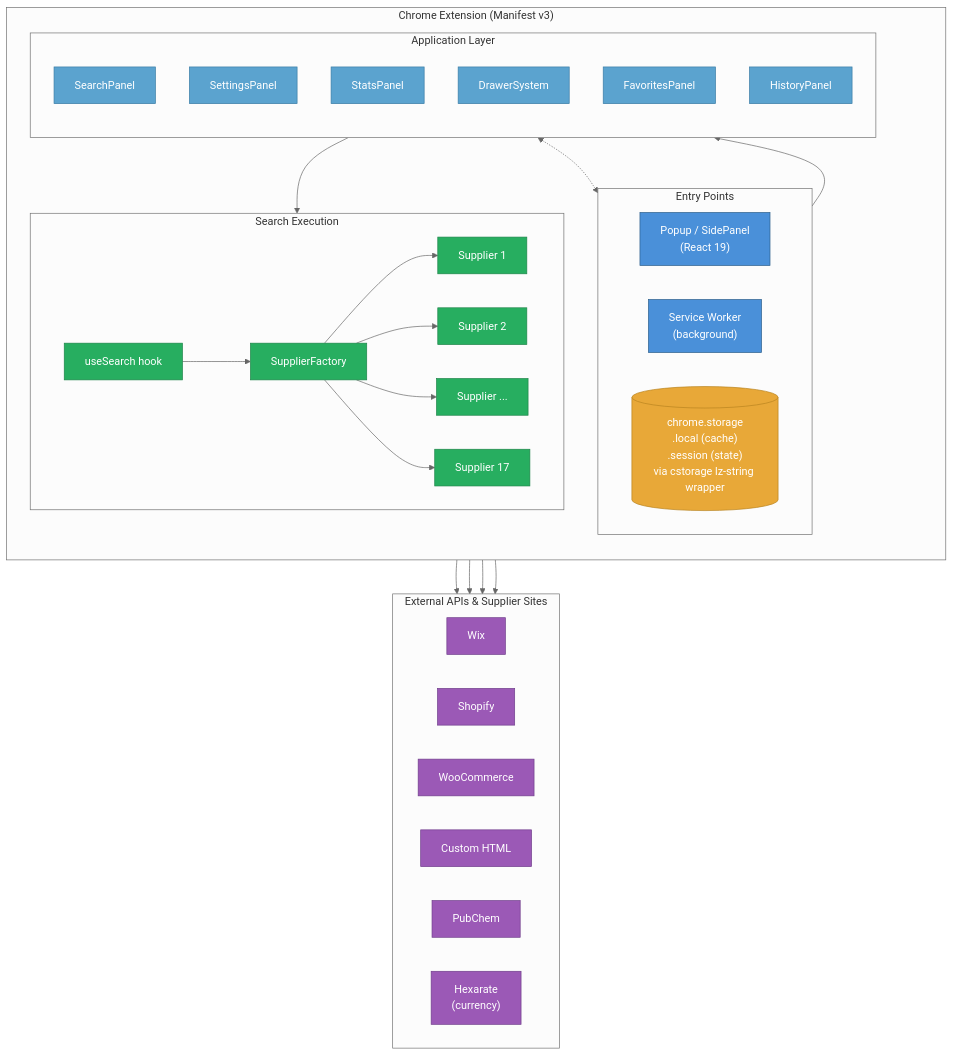
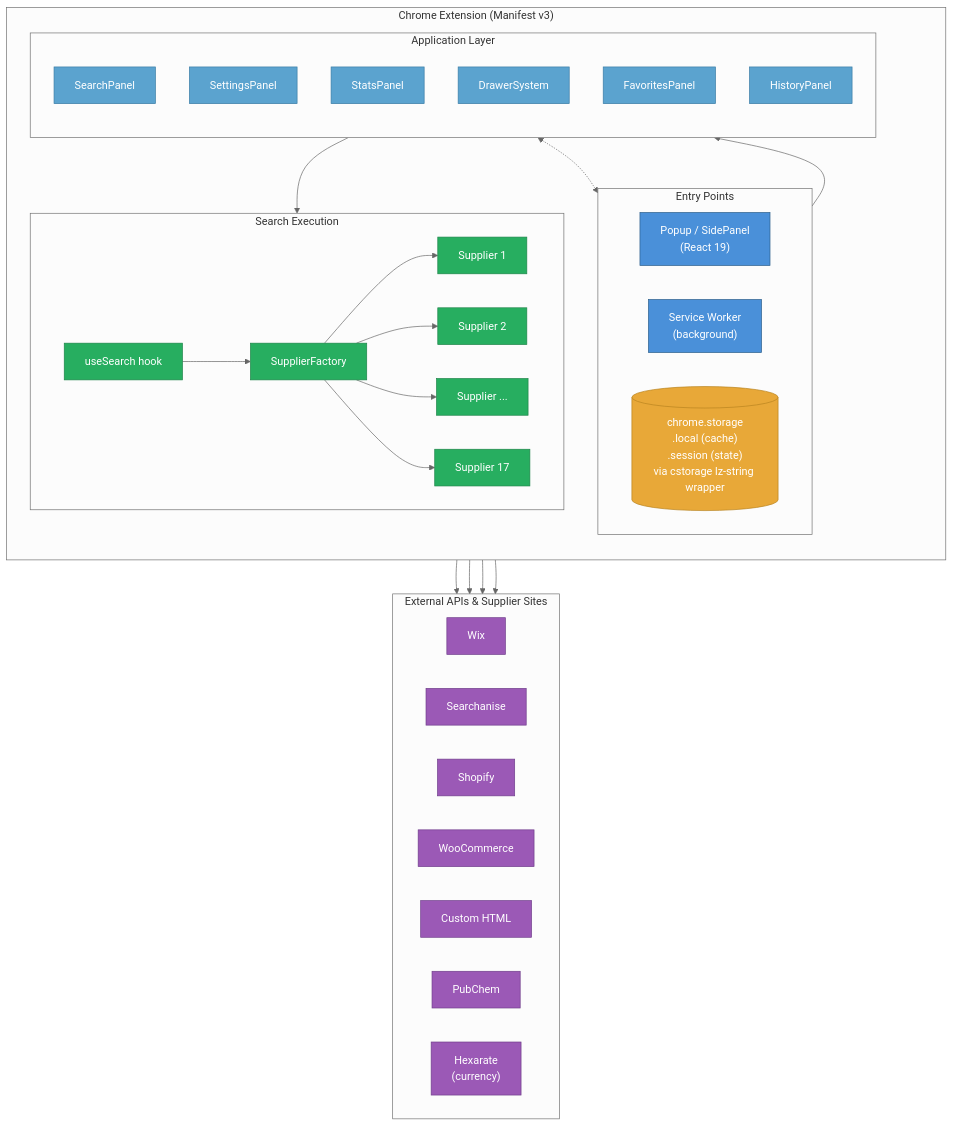
Before and after one commit to jhyland87/chem-pal: the diagram in wiki_files/Architecture-Overview.md, drawn with Mermaid (neutral theme). The commit also changed other lines of this file and 35 other files, not shown here.

````diff
--- a/wiki_files/Architecture-Overview.md
+++ b/wiki_files/Architecture-Overview.md
@@ -7,62 +7,63 @@
 ```mermaid
 flowchart TB
 subgraph Extension["Chrome Extension (Manifest v3)"]
 direction TB
 
 subgraph EntryPoints["Entry Points"]
 direction LR
 POPUP["Popup / SidePanel\n(React 19)"]
 SW["Service Worker\n(background)"]
 STORAGE[("chrome.storage\n.local (cache)\n.session (state)\nvia cstorage lz-string wrapper")]
 end
 
 subgraph AppLayer["Application Layer"]
 direction TB
 SEARCH["SearchPanel"]
 SETTINGS["SettingsPanel"]
 STATS["StatsPanel"]
 DRAWER["DrawerSystem"]
 FAVS["FavoritesPanel"]
 HISTORY["HistoryPanel"]
 end
 
 subgraph SearchExec["Search Execution"]
 direction LR
 HOOK["useSearch hook"]
 FACTORY["SupplierFactory"]
 S1["Supplier 1"]
 S2["Supplier 2"]
 S3["Supplier ..."]
 SN["Supplier 17"]
 FACTORY --> S1 & S2 & S3 & SN
 end
 
 POPUP --> AppLayer
 SEARCH --> HOOK --> FACTORY
 AppLayer <-.-> STORAGE
 end
 
 subgraph External["External APIs & Supplier Sites"]
 direction LR
 WIX["Wix"]
+SEARCHANISE["Searchanise"]
 SHOPIFY["Shopify"]
 WOO["WooCommerce"]
 CUSTOM["Custom HTML"]
 PUBCHEM["PubChem"]
 HEXARATE["Hexarate\n(currency)"]
 end
 
 S1 & S2 & S3 & SN --> External
 
 classDef entry fill:#4A90D9,stroke:#2C5F8A,color:#fff
 classDef app fill:#5BA3CF,stroke:#3A7CA5,color:#fff
 classDef exec fill:#27AE60,stroke:#1E8449,color:#fff
 classDef storage fill:#E8A838,stroke:#B8841F,color:#fff
 classDef external fill:#9B59B6,stroke:#6F3D8A,color:#fff
 
 class POPUP,SW entry
 class SEARCH,SETTINGS,STATS,DRAWER,FAVS,HISTORY app
 class HOOK,FACTORY,S1,S2,S3,SN exec
 class STORAGE storage
-class WIX,SHOPIFY,WOO,CUSTOM,PUBCHEM,HEXARATE external
+class WIX,SEARCHANISE,SHOPIFY,WOO,CUSTOM,PUBCHEM,HEXARATE external
 ```
````
